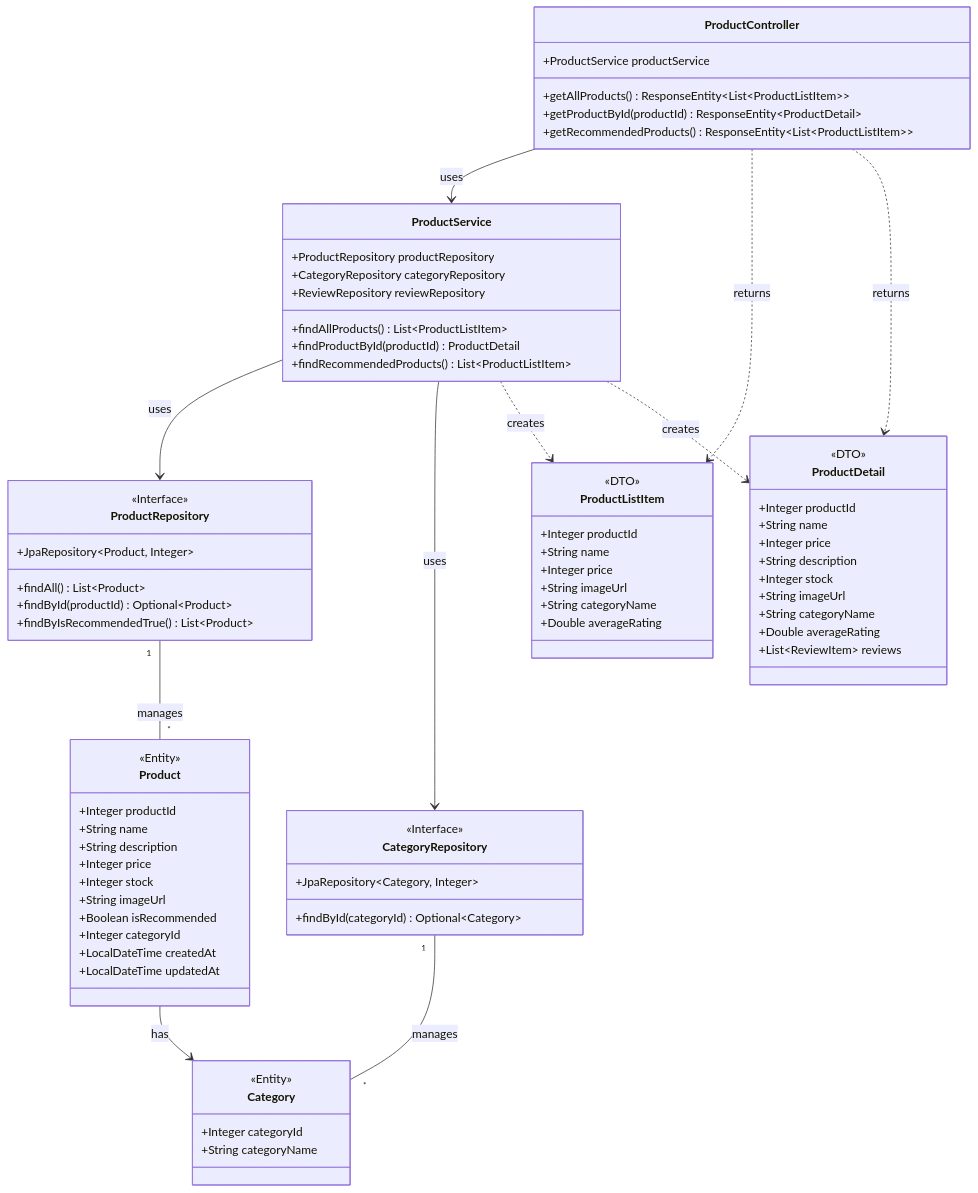
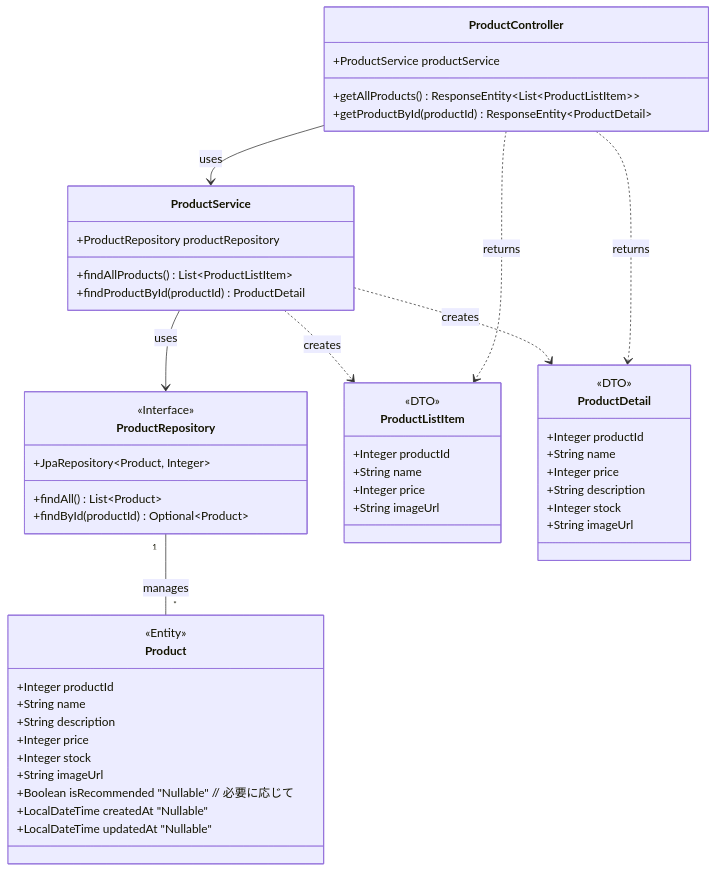
Diagram 15 of 21 in 詳細設計/詳細設計書.md (natsumiumeda/Jobs), drawn with Mermaid before and after one commit. The commit also changed other lines of this file, not shown here.

```diff
--- a/詳細設計/詳細設計書.md
+++ b/詳細設計/詳細設計書.md
@@ -641,33 +700,18 @@
         +ProductService productService
         +getAllProducts() ResponseEntity~List~ProductListItem~~
         +getProductById(productId) ResponseEntity~ProductDetail~
-        +getRecommendedProducts() ResponseEntity~List~ProductListItem~~
     }
-
     class ProductService {
         +ProductRepository productRepository
-        +CategoryRepository categoryRepository
-        +ReviewRepository reviewRepository
         +findAllProducts() List~ProductListItem~
         +findProductById(productId) ProductDetail
-        +findRecommendedProducts() List~ProductListItem~
     }
-
     class ProductRepository {
         <<Interface>>
         +JpaRepository~Product, Integer~
         +findAll() List~Product~
         +findById(productId) Optional~Product~
-        +findByIsRecommendedTrue() List~Product~
     }
-
-    class CategoryRepository {
-        <<Interface>>
-        +JpaRepository~Category, Integer~
-        +findById(categoryId) Optional~Category~
-    }
-
-    
     class Product {
         <<Entity>>
         +Integer productId
@@ -676,30 +720,17 @@
         +Integer price
         +Integer stock
         +String imageUrl
-        +Boolean isRecommended
-        +Integer categoryId
-        +LocalDateTime createdAt
-        +LocalDateTime updatedAt
+        +Boolean isRecommended "Nullable" // 必要に応じて
+        +LocalDateTime createdAt "Nullable"
+        +LocalDateTime updatedAt "Nullable"
     }
-
-    class Category {
-        <<Entity>>
-        +Integer categoryId
-        +String categoryName
-    }
-
-    
-
     class ProductListItem {
         <<DTO>>
         +Integer productId
         +String name
         +Integer price
         +String imageUrl
-        +String categoryName
-        +Double averageRating
     }
-
     class ProductDetail {
         <<DTO>>
         +Integer productId
@@ -708,28 +739,13 @@
         +String description
         +Integer stock
         +String imageUrl
-        +String categoryName
-        +Double averageRating
-        +List~ReviewItem~ reviews
     }
 
-   
     ProductController --> ProductService : uses
     ProductService --> ProductRepository : uses
-    ProductService --> CategoryRepository : uses
-    
-
     ProductRepository "1" -- "*" Product : manages
-    CategoryRepository "1" -- "*" Category : manages
-    
-
-    Product --> Category : has
-   
-
     ProductService ..> ProductListItem : creates
     ProductService ..> ProductDetail : creates
-    
-
     ProductController ..> ProductListItem : returns
     ProductController ..> ProductDetail : returns
 </div>
```
